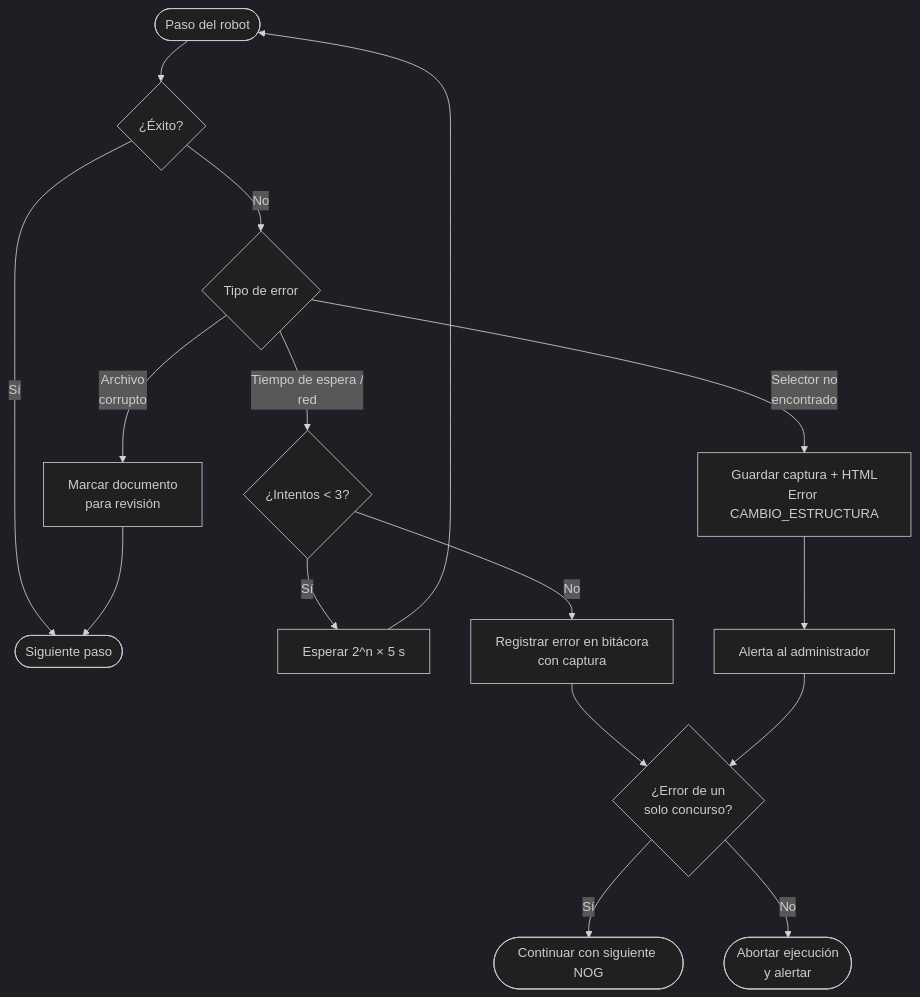
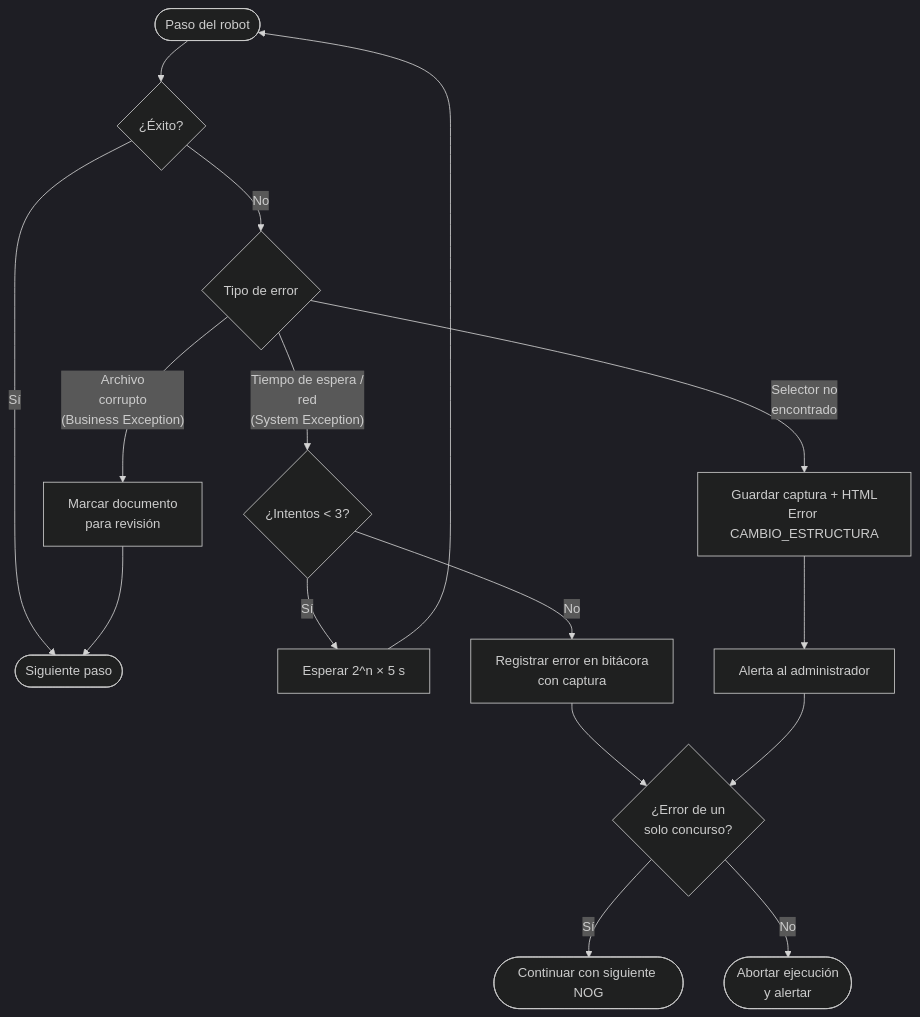
Before and after one commit to DenisArango/GuateComprasRPA: the seventh of 8 diagrams in docs/06-diagramas.md, drawn with Mermaid (dark theme). The commit also changed other lines of this file and 15 other files, not shown here.

````diff
--- a/docs/06-diagramas.md
+++ b/docs/06-diagramas.md
@@ -199,17 +211,17 @@
 ```mermaid
 flowchart TD
     S([Paso del robot]) --> T{¿Éxito?}
     T -- Sí --> N([Siguiente paso])
     T -- No --> C{Tipo de error}
-    C -- "Tiempo de espera /<br/>red" --> R{¿Intentos < 3?}
+    C -- "Tiempo de espera /<br/>red<br/>(System Exception)" --> R{¿Intentos < 3?}
     R -- Sí --> W[Esperar 2^n × 5 s] --> S
     R -- No --> F
     C -- "Selector no<br/>encontrado" --> E[Guardar captura + HTML<br/>Error CAMBIO_ESTRUCTURA]
     E --> AL[Alerta al administrador]
-    C -- "Archivo<br/>corrupto" --> M[Marcar documento<br/>para revisión]
+    C -- "Archivo<br/>corrupto<br/>(Business Exception)" --> M[Marcar documento<br/>para revisión]
     M --> N
     F[Registrar error en bitácora<br/>con captura] --> X{¿Error de un<br/>solo concurso?}
     X -- Sí --> N2([Continuar con siguiente NOG])
     X -- No --> AB([Abortar ejecución<br/>y alertar])
     AL --> X
 ```
````
